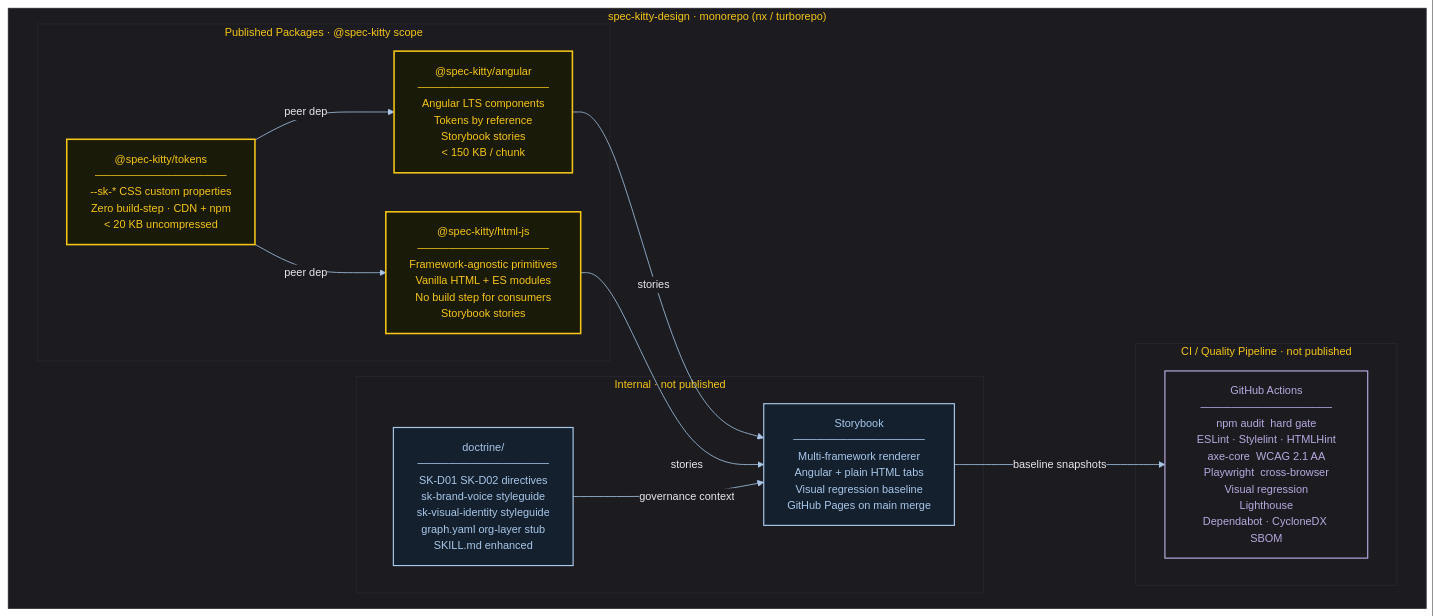
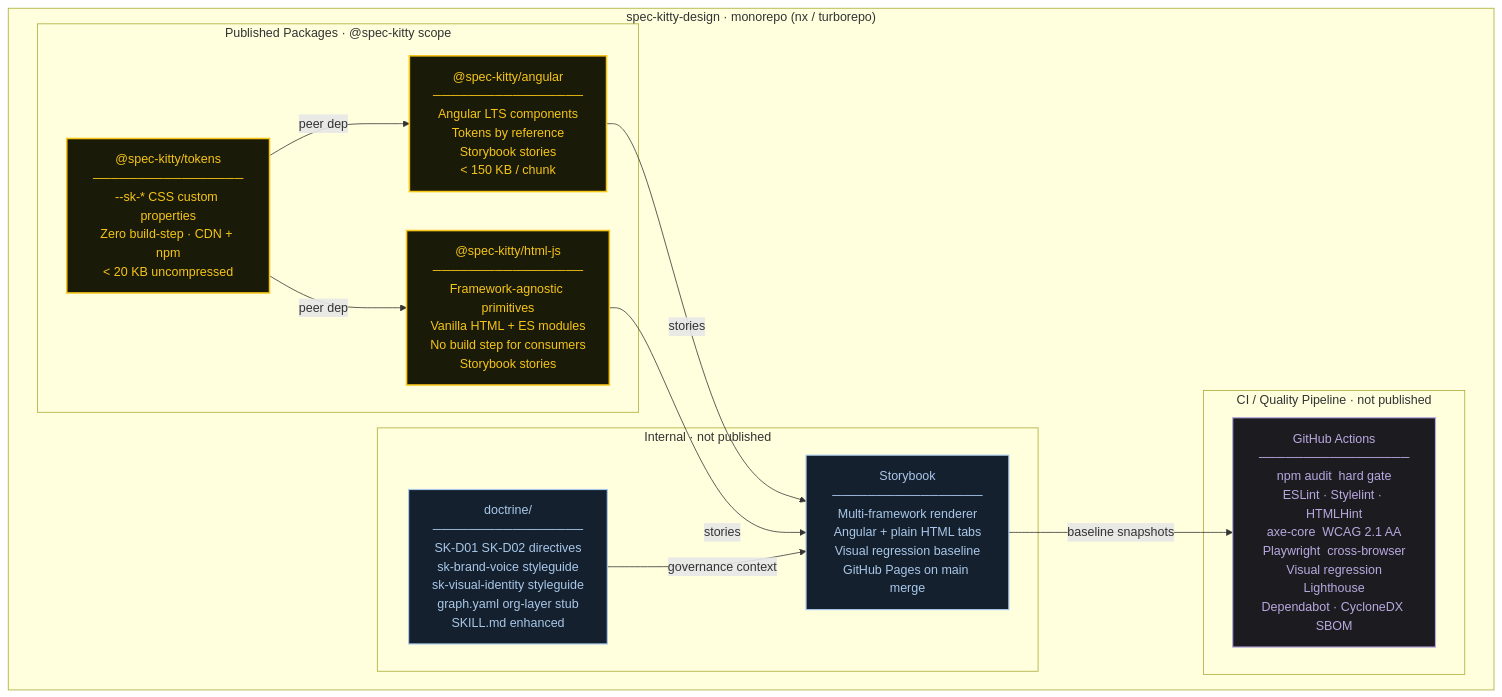
One commit to stijn-dejongh/spec-kitty-design changed the diagram in docs/architecture/assets/c4-l2-package-topology.mmd. Above: the diagram before and after it, drawn with Mermaid. The commit also changed 46 other files, not shown here.

```diff
--- a/docs/architecture/assets/c4-l2-package-topology.mmd
+++ b/docs/architecture/assets/c4-l2-package-topology.mmd
@@ -1,48 +1,36 @@
-%%{init: {'theme':'base','themeVariables': {
-  'fontFamily': 'ui-sans-serif, system-ui, sans-serif',
-  'fontSize': '14px',
-  'primaryColor': '#161619',
-  'primaryTextColor': '#e8e8eb',
-  'primaryBorderColor': '#F5C518',
-  'lineColor': '#A9C7E8',
-  'secondaryColor': '#1C1C20',
-  'tertiaryColor': '#0A0A0B',
-  'edgeLabelBackground': '#1C1C20',
-  'clusterBkg': '#1C1C20',
-  'clusterBorder': '#26262C',
-  'titleColor': '#F5C518'
-}}}%%
+%%THEME%%
+
 flowchart TB
     subgraph Monorepo["spec-kitty-design  ·  monorepo  (nx / turborepo)"]
 
         subgraph Published["Published Packages  ·  @spec-kitty scope"]
             tokens["@spec-kitty/tokens\n─────────────────\n--sk-* CSS custom properties\nZero build-step · CDN + npm\n< 20 KB uncompressed"]
             angular["@spec-kitty/angular\n─────────────────\nAngular LTS components\nTokens by reference\nStorybook stories\n< 150 KB / chunk"]
             html_js["@spec-kitty/html-js\n─────────────────\nFramework-agnostic primitives\nVanilla HTML + ES modules\nNo build step for consumers\nStorybook stories"]
         end
 
         subgraph Internal["Internal  ·  not published"]
             storybook["Storybook\n─────────────────\nMulti-framework renderer\nAngular + plain HTML tabs\nVisual regression baseline\nGitHub Pages on main merge"]
             doctrine["doctrine/\n─────────────────\nSK-D01  SK-D02  directives\nsk-brand-voice styleguide\nsk-visual-identity styleguide\ngraph.yaml  org-layer stub\nSKILL.md  enhanced"]
         end
 
         subgraph CI["CI / Quality Pipeline  ·  not published"]
             ci["GitHub Actions\n─────────────────\nnpm audit  hard gate\nESLint · Stylelint · HTMLHint\naxe-core  WCAG 2.1 AA\nPlaywright  cross-browser\nVisual regression\nLighthouse\nDependabot · CycloneDX SBOM"]
         end
 
     end
 
     tokens -->|"peer dep"| angular
     tokens -->|"peer dep"| html_js
     angular -->|"stories"| storybook
     html_js -->|"stories"| storybook
     storybook -->|"baseline snapshots"| ci
     doctrine -->|"governance context"| storybook
 
     classDef pub fill:#1a1a08,stroke:#F5C518,color:#F5C518,stroke-width:2px
     classDef internal fill:#14202E,stroke:#A9C7E8,color:#A9C7E8,stroke-width:1.5px
     classDef tooling fill:#1C1C20,stroke:#B8A9E0,color:#B8A9E0,stroke-width:1.5px
 
     class tokens,angular,html_js pub
     class storybook,doctrine internal
     class ci tooling
```
